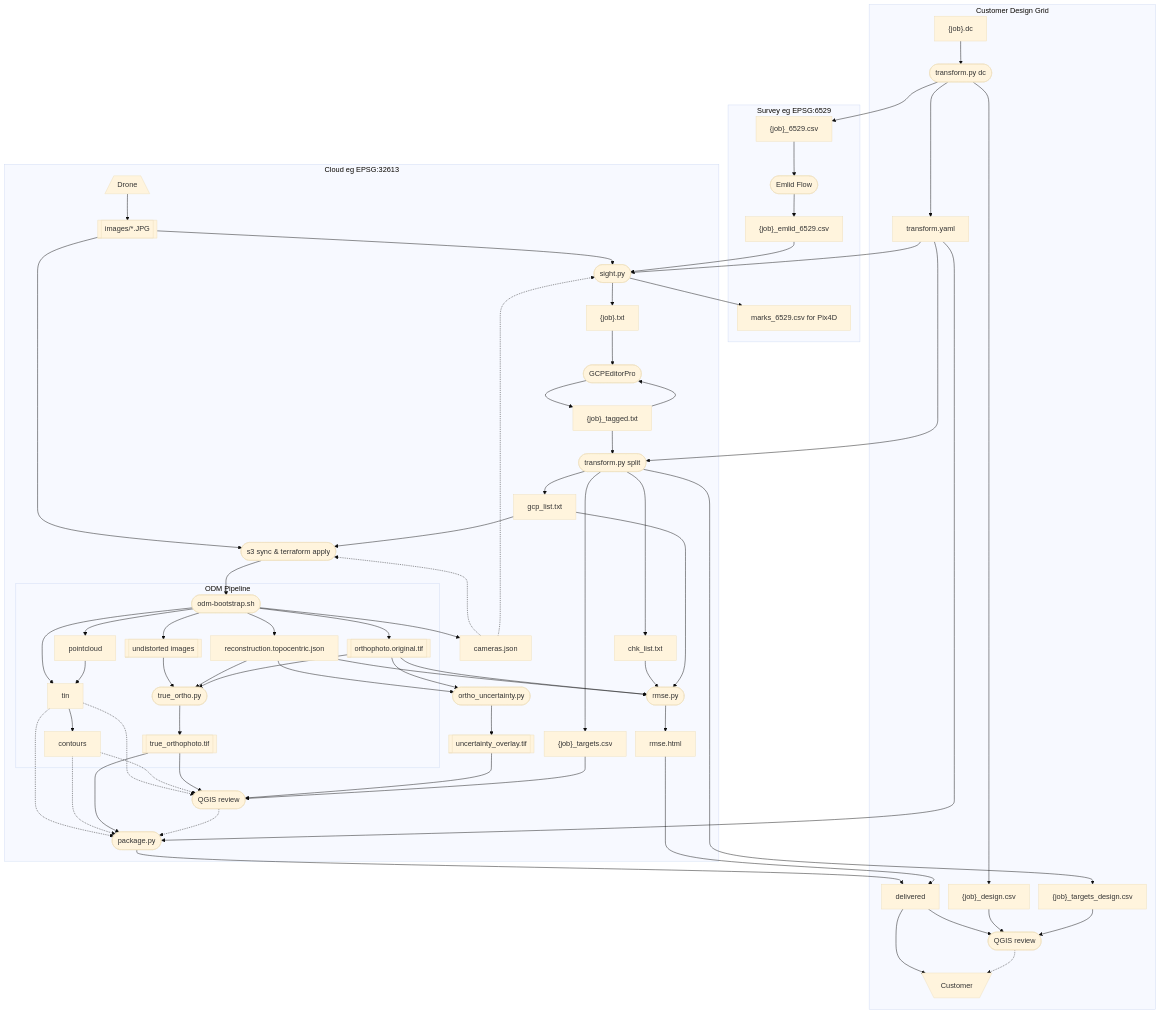
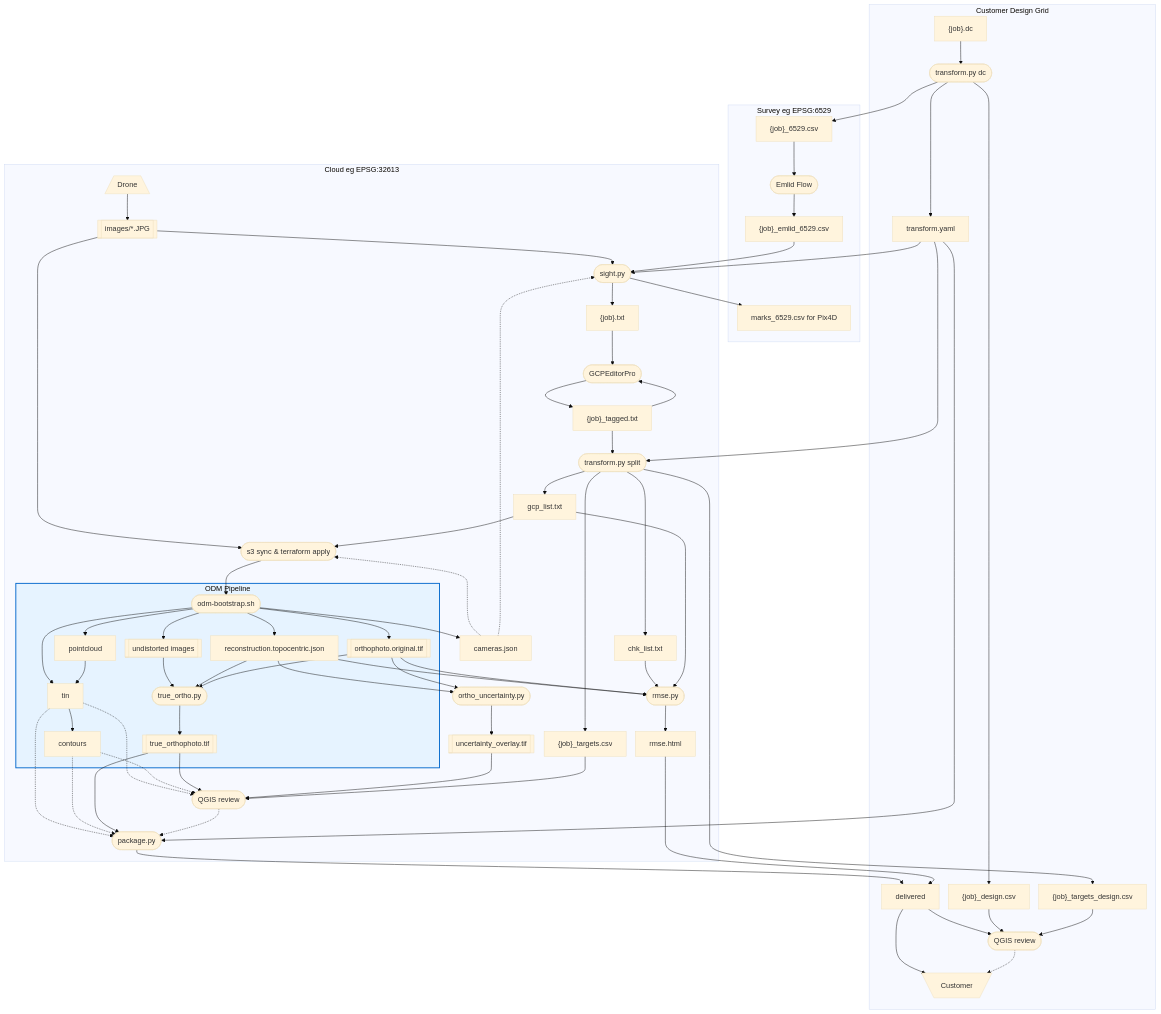
The diagram in docs/odm-workflow.md (jrstear/geo), drawn with Mermaid before and after one commit.

Commit message:
colorize ODM subgraph for better visual clarity

```diff
--- a/docs/odm-workflow.md
+++ b/docs/odm-workflow.md
@@ -78,7 +78,7 @@
         chk_list
         targets
 	launch_odm
-	subgraph "ODM Pipeline"
+	subgraph ODM ["ODM Pipeline"]
             odm
             orthophoto
             pointcloud
@@ -89,6 +89,7 @@
             true_ortho
             true_ortho_tif
 	end
+	style ODM fill:#e6f3ff,stroke:#0066cc,stroke-width:2px
         cameras
         rmse
         uncertainty
```
